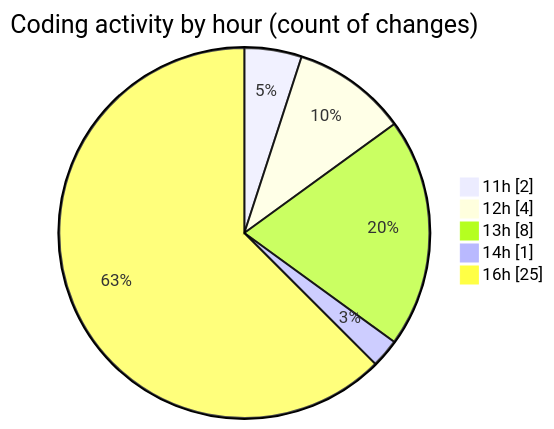
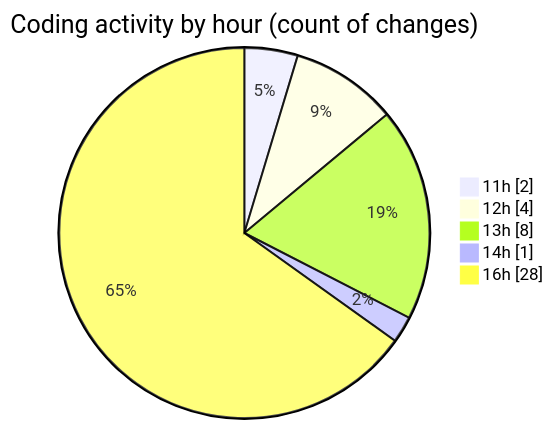
One commit to nxtqubesakshisongat/code-tracking changed the second of 2 diagrams in 2026-01-30/nxtqube_webapp/README.md. Above: the diagram before and after it, drawn with Mermaid. The commit also changed other lines of this file and 1 other file, not shown here.

````diff
--- a/2026-01-30/nxtqube_webapp/README.md
+++ b/2026-01-30/nxtqube_webapp/README.md
@@ -32,9 +32,9 @@
 ```mermaid
 pie showData
 title Coding activity by hour (count of changes)
 "11h" : 2
 "12h" : 4
 "13h" : 8
 "14h" : 1
-"16h" : 25
+"16h" : 28
 ```
````
